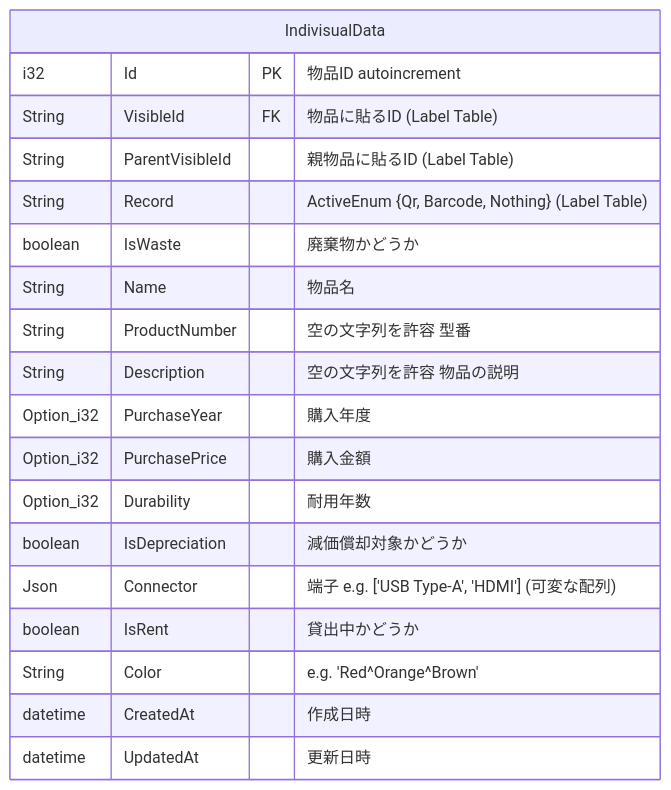
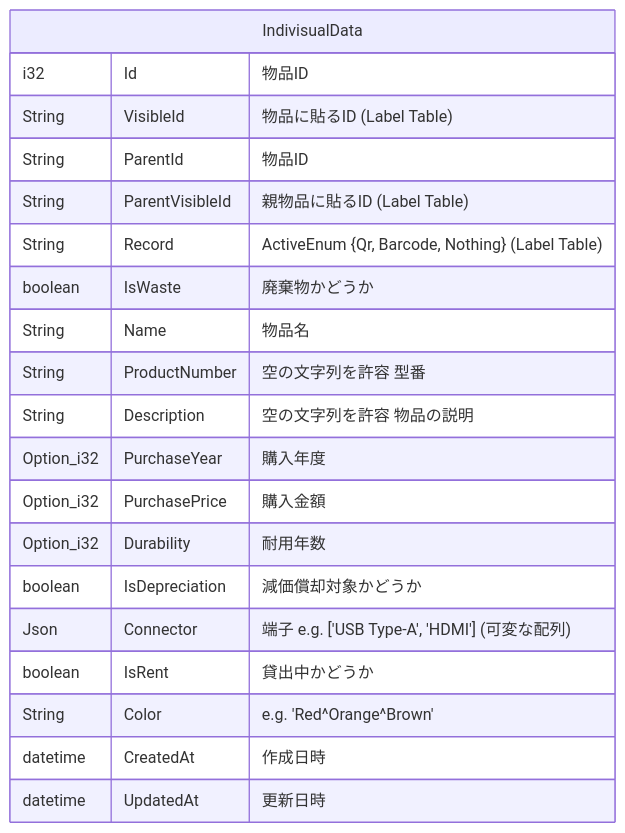
One commit to sohosai/dashi changed the second of 14 diagrams in documents/endpoint.md. Above: the diagram before and after it, drawn with Mermaid. The commit also changed other lines of this file, not shown here.

````diff
--- a/documents/endpoint.md
+++ b/documents/endpoint.md
@@ -126,22 +126,23 @@
 ```mermaid
 erDiagram
     IndivisualData {
-        i32 Id PK "物品ID autoincrement"
-        String VisibleId FK "物品に貼るID (Label Table)"
+        i32 Id "物品ID"
+        String VisibleId "物品に貼るID (Label Table)"
+        String ParentId "物品ID"
         String ParentVisibleId "親物品に貼るID (Label Table)"
         String Record "ActiveEnum {Qr, Barcode, Nothing} (Label Table)"
         boolean IsWaste "廃棄物かどうか"
         String Name "物品名"
         String ProductNumber "空の文字列を許容 型番"
         String Description "空の文字列を許容 物品の説明"
         Option_i32 PurchaseYear "購入年度"
         Option_i32 PurchasePrice "購入金額"
         Option_i32 Durability "耐用年数"
         boolean IsDepreciation "減価償却対象かどうか"
         Json Connector "端子 e.g. ['USB Type-A', 'HDMI'] (可変な配列)"
         boolean IsRent "貸出中かどうか"
         String Color "e.g. 'Red^Orange^Brown'"
         datetime CreatedAt "作成日時"
         datetime UpdatedAt "更新日時"
     }
 ```
````
